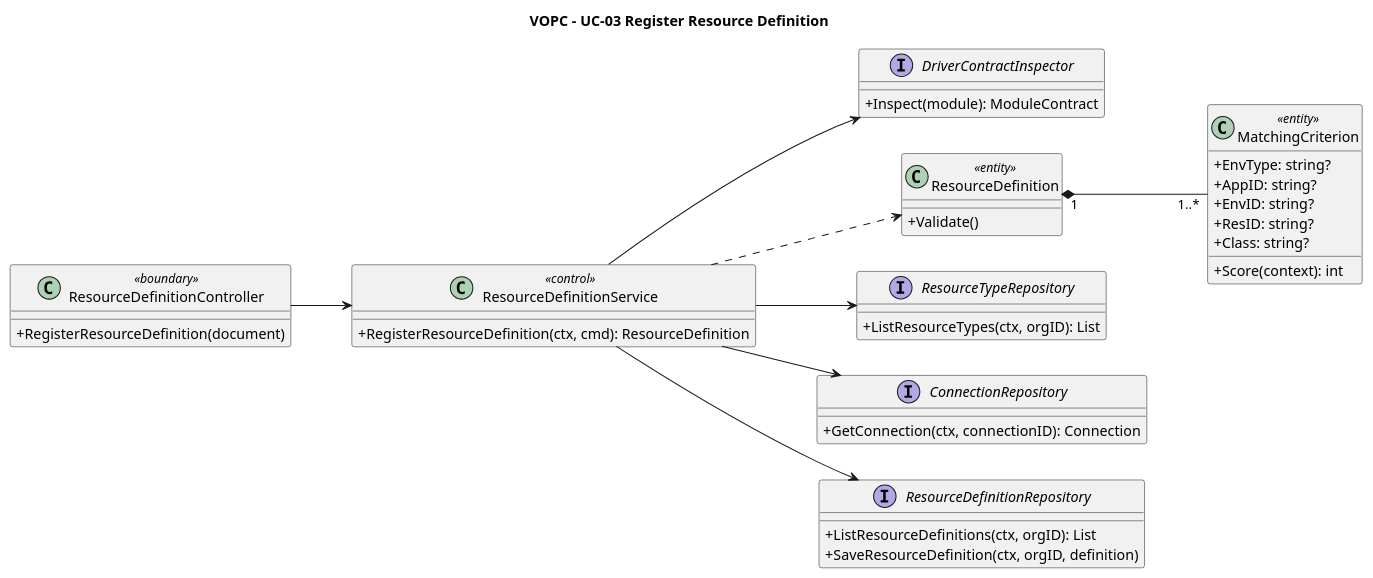
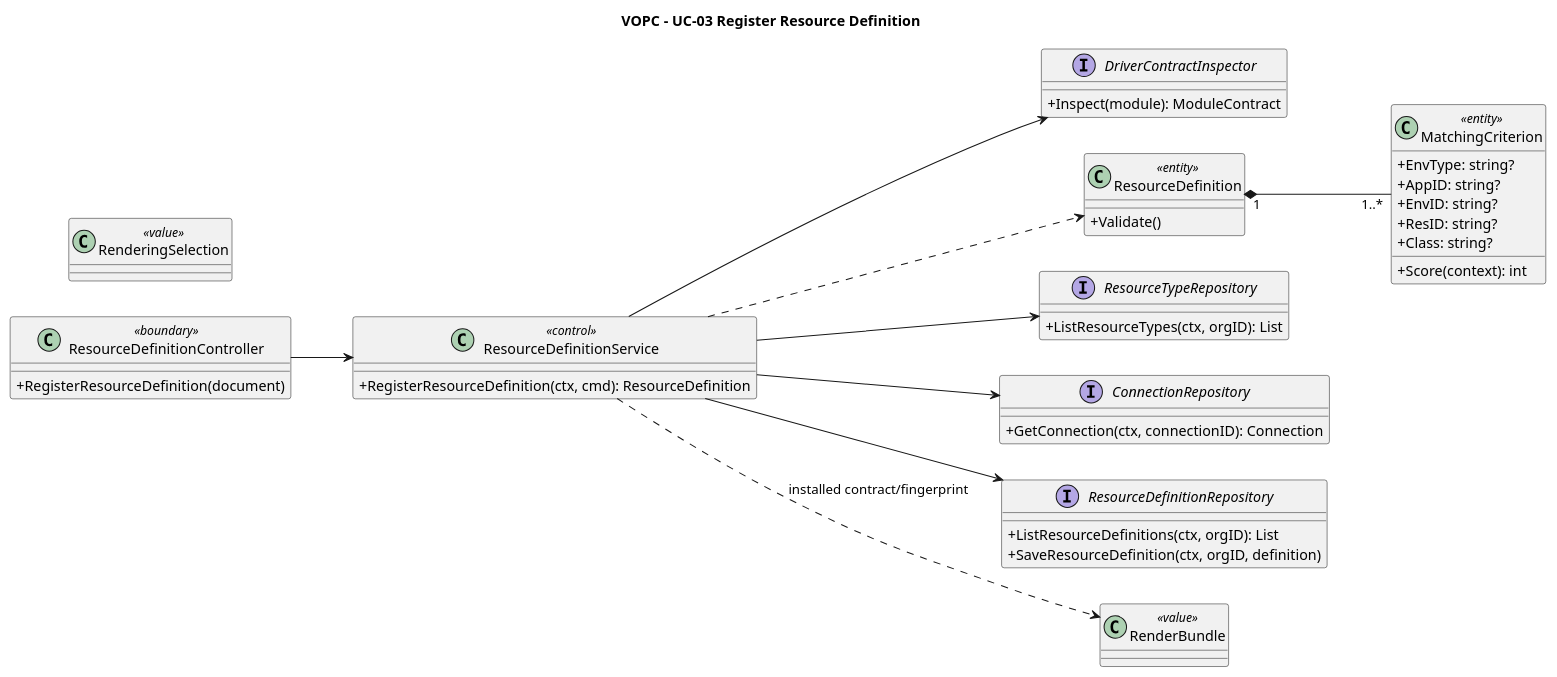
One commit to pr3s3nt/poc changed the diagram in orchestrator_docs/usecase/UC-03/vopc.puml. Above: the diagram before and after it, drawn with PlantUML. The commit also changed 80 other files, not shown here.

Commit message:
feat: integrate definition-selected score-k8s workload rendering

```diff
--- a/orchestrator_docs/usecase/UC-03/vopc.puml
+++ b/orchestrator_docs/usecase/UC-03/vopc.puml
@@ -1,42 +1,45 @@
 @startuml
 title VOPC - UC-03 Register Resource Definition
 left to right direction
 skinparam classAttributeIconSize 0
 class ResourceDefinitionController <<boundary>> {
   +RegisterResourceDefinition(document)
 }
 class ResourceDefinitionService <<control>> {
   +RegisterResourceDefinition(ctx, cmd): ResourceDefinition
 }
 interface DriverContractInspector {
   +Inspect(module): ModuleContract
 }
 class ResourceDefinition <<entity>> {
   +Validate()
 }
 class MatchingCriterion <<entity>> {
   +EnvType: string?
   +AppID: string?
   +EnvID: string?
   +ResID: string?
   +Class: string?
   +Score(context): int
 }
 interface ResourceTypeRepository {
   +ListResourceTypes(ctx, orgID): List
 }
 interface ConnectionRepository {
   +GetConnection(ctx, connectionID): Connection
 }
 interface ResourceDefinitionRepository {
   +ListResourceDefinitions(ctx, orgID): List
   +SaveResourceDefinition(ctx, orgID, definition)
 }
 ResourceDefinitionController --> ResourceDefinitionService
 ResourceDefinitionService --> DriverContractInspector
 ResourceDefinitionService --> ResourceTypeRepository
 ResourceDefinitionService --> ConnectionRepository
 ResourceDefinitionService --> ResourceDefinitionRepository
 ResourceDefinitionService ..> ResourceDefinition
 ResourceDefinition "1" *-- "1..*" MatchingCriterion
+class RenderBundle <<value>>
+class RenderingSelection <<value>>
+ResourceDefinitionService ..> RenderBundle : installed contract/fingerprint
 @enduml
```
